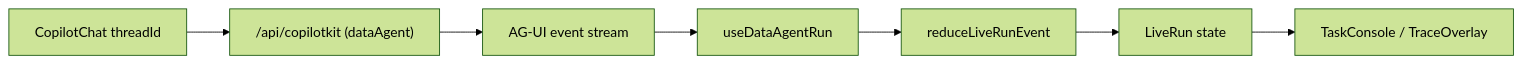
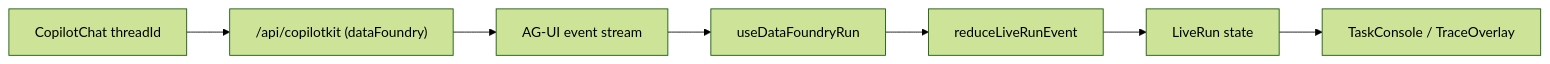
Before and after one commit to datagallery-lab/datafoundry: the second of 2 diagrams in .docs-internal/engineering/data-tasks-workbench-design.md, drawn with Mermaid (forest theme). The commit also changed other lines of this file and 144 other files, not shown here.

Commit message:
chore: rename project to DataFoundry

````diff
--- a/.docs-internal/engineering/data-tasks-workbench-design.md
+++ b/.docs-internal/engineering/data-tasks-workbench-design.md
@@ -324,9 +324,9 @@
 ```mermaid
 flowchart LR
-  chat[CopilotChat threadId] --> rt["/api/copilotkit (dataAgent)"]
+  chat[CopilotChat threadId] --> rt["/api/copilotkit (dataFoundry)"]
   rt --> events[AG-UI event stream]
-  events --> hook[useDataAgentRun]
+  events --> hook[useDataFoundryRun]
   hook --> reducer[reduceLiveRunEvent]
   reducer --> live[LiveRun state]
   live --> console[TaskConsole / TraceOverlay]
 ```
````
